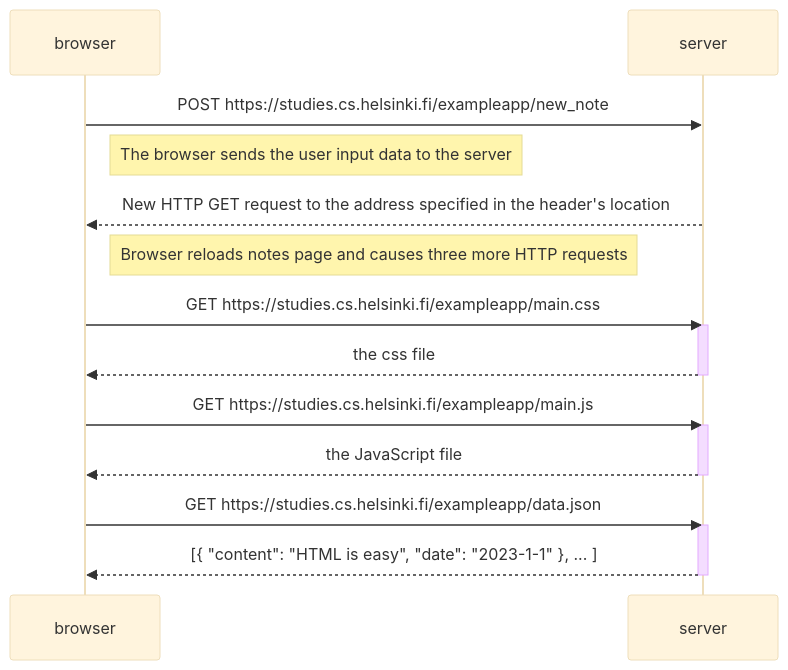
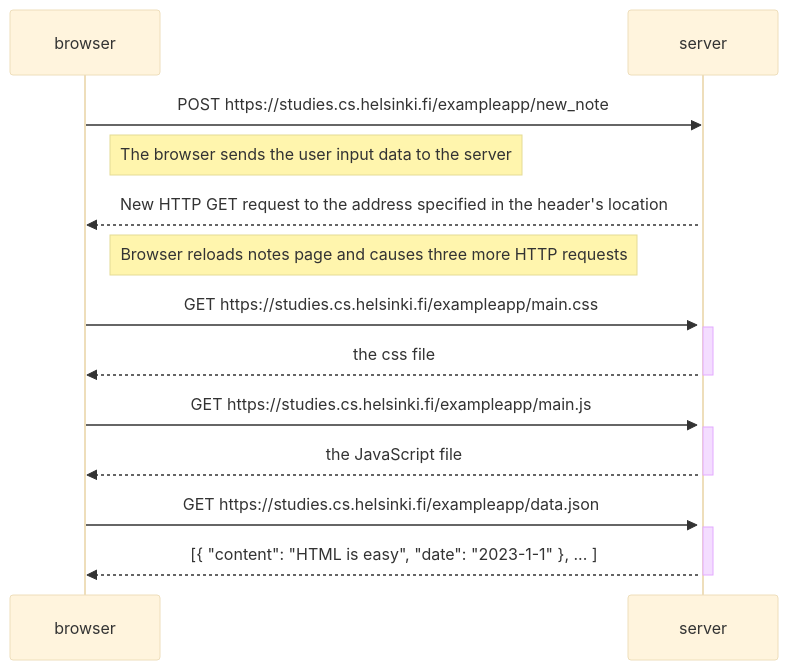
The diagram in part 0/0.4.md (dcummings95/Full-Stack-Open), drawn with Mermaid (base theme) before and after one commit.

Commit message:
Forgot to add active server

````diff
--- a/part 0/0.4.md
+++ b/part 0/0.4.md
@@ -1,28 +1,29 @@
 ```mermaid
 
 sequenceDiagram
     participant browser
     participant server
   
     browser->>server: POST https://studies.cs.helsinki.fi/exampleapp/new_note
+    activate server
     Note right of browser: The browser sends the user input data to the server
 
     server-->>browser: New HTTP GET request to the address specified in the header's location
     Note right of browser: Browser reloads notes page and causes three more HTTP requests
 
     browser->>server: GET https://studies.cs.helsinki.fi/exampleapp/main.css
     activate server
     server-->>browser: the css file
     deactivate server
 
     browser->>server: GET https://studies.cs.helsinki.fi/exampleapp/main.js
     activate server
     server-->>browser: the JavaScript file
     deactivate server
 
     browser->>server: GET https://studies.cs.helsinki.fi/exampleapp/data.json
     activate server
     server-->>browser: [{ "content": "HTML is easy", "date": "2023-1-1" }, ... ]
     deactivate server
 
   ```
````
